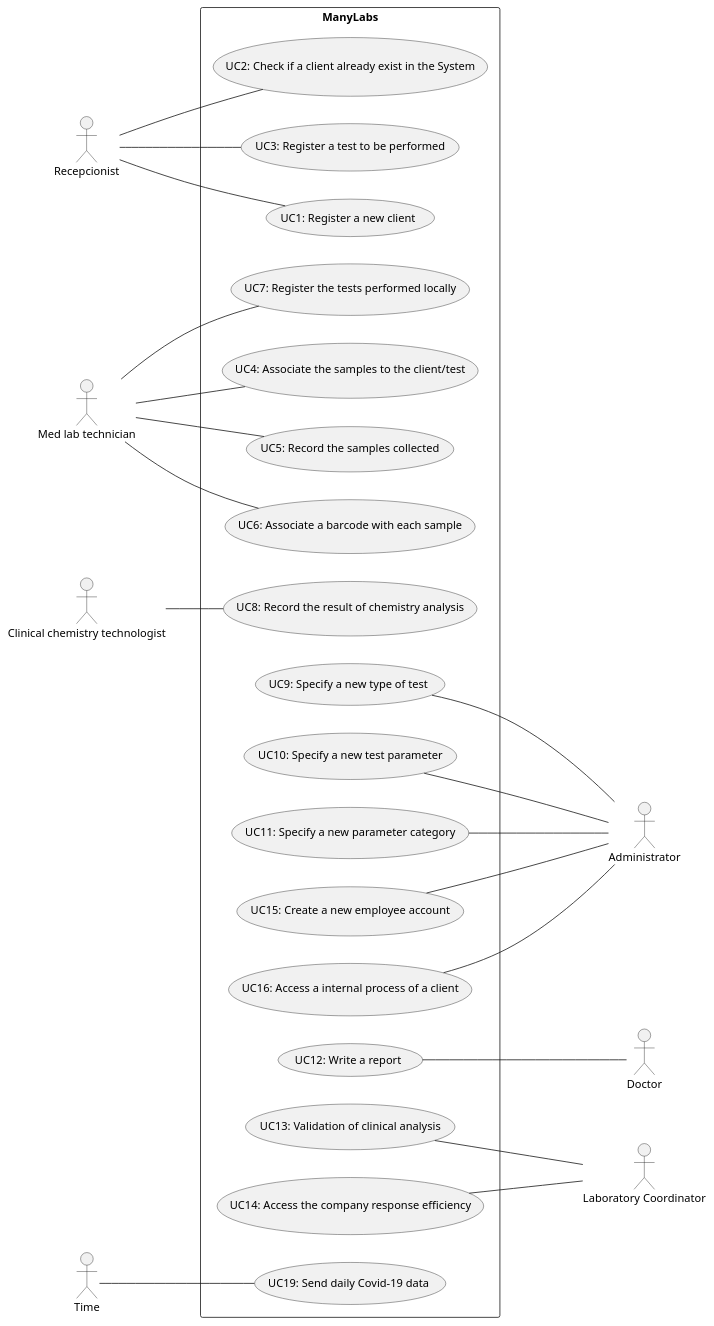
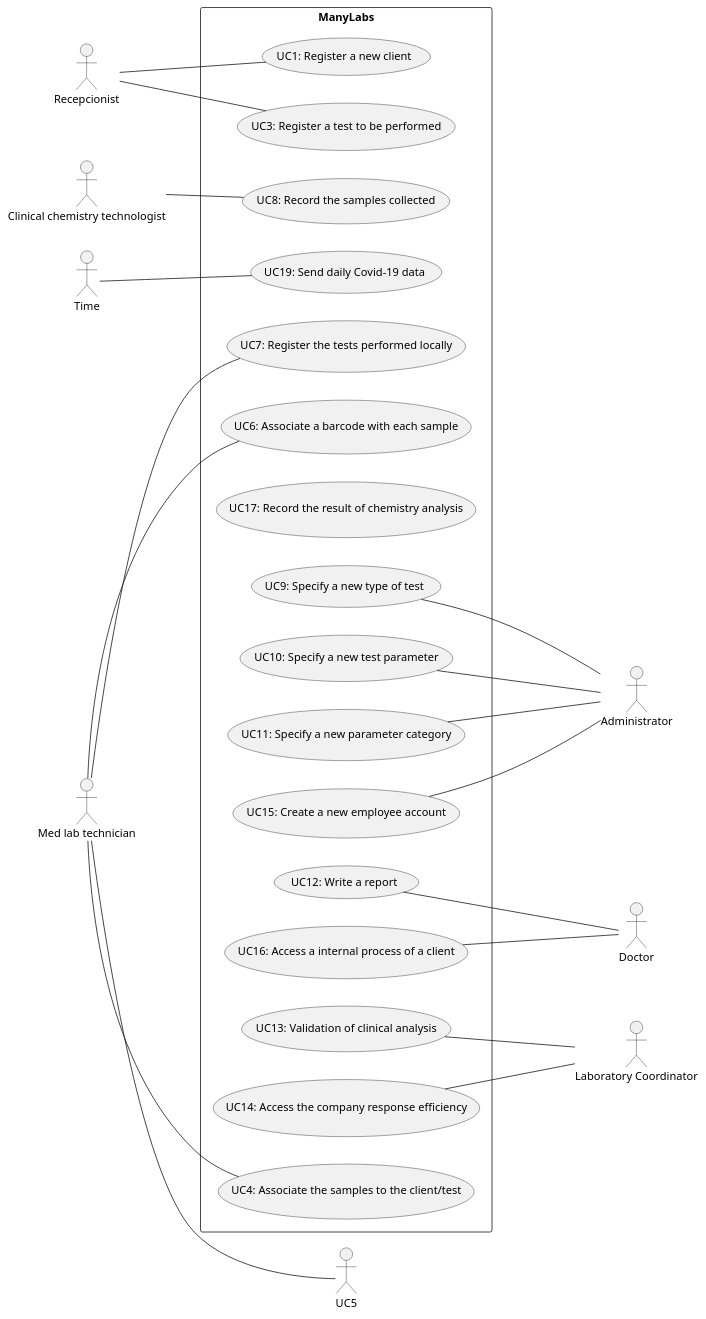
Before and after one commit to manu-07-ela/LAPR2_ISEP: the diagram in docs/SprintA/UCD.puml, drawn with PlantUML. The commit also changed 3 other files, not shown here.

```diff
--- a/docs/SprintA/UCD.puml
+++ b/docs/SprintA/UCD.puml
@@ -1,59 +1,57 @@
 @startuml
 'https://plantuml.com/use-case-diagram
 left to right direction
 actor "Administrator" as Adm
 actor "Recepcionist" as Recp
 actor "Med lab technician" as MedLab
 actor "Clinical chemistry technologist" as ClinTec
 actor "Doctor" as Doc
 actor "Laboratory Coordinator" as LabCod
 actor "Time" as Time
 
 
 rectangle ManyLabs{
 
 usecase "UC1: Register a new client" as UC1
-usecase "UC2: Check if a client already exist in the System" as UC2
 usecase "UC3: Register a test to be performed" as UC3
 usecase "UC4: Associate the samples to the client/test" as UC4
-usecase "UC5: Record the samples collected" as UC5
+usecase "UC8: Record the samples collected" as UC8
 usecase "UC6: Associate a barcode with each sample" as UC6
 usecase "UC7: Register the tests performed locally" as UC7
-usecase "UC8: Record the result of chemistry analysis" as UC8
+usecase "UC17: Record the result of chemistry analysis" as UC17
 usecase "UC9: Specify a new type of test" as UC9
 usecase "UC10: Specify a new test parameter" as UC10
 usecase "UC11: Specify a new parameter category" as UC11
 usecase "UC12: Write a report" as UC12
 usecase "UC13: Validation of clinical analysis" as UC13
 usecase "UC14: Access the company response efficiency" as UC14
 usecase "UC15: Create a new employee account" as UC15
 usecase "UC16: Access a internal process of a client" as UC16
 usecase "UC19: Send daily Covid-19 data" as UC19
 
 }
 
 Recp -- UC1
-Recp -- UC2
 Recp -- UC3
 MedLab -- UC4
 MedLab -- UC5
 MedLab -- UC6
 MedLab -- UC7
 ClinTec -- UC8
 UC9 --- Adm
 UC10 --- Adm
 UC11 --- Adm
-UC16 --- Adm
+UC16 --- Doc
 UC15 --- Adm
 UC12 --- Doc
 UC13 --- LabCod
 UC14 --- LabCod
 Time -- UC19
 
 
 
 
 
 
 
 @enduml
```
